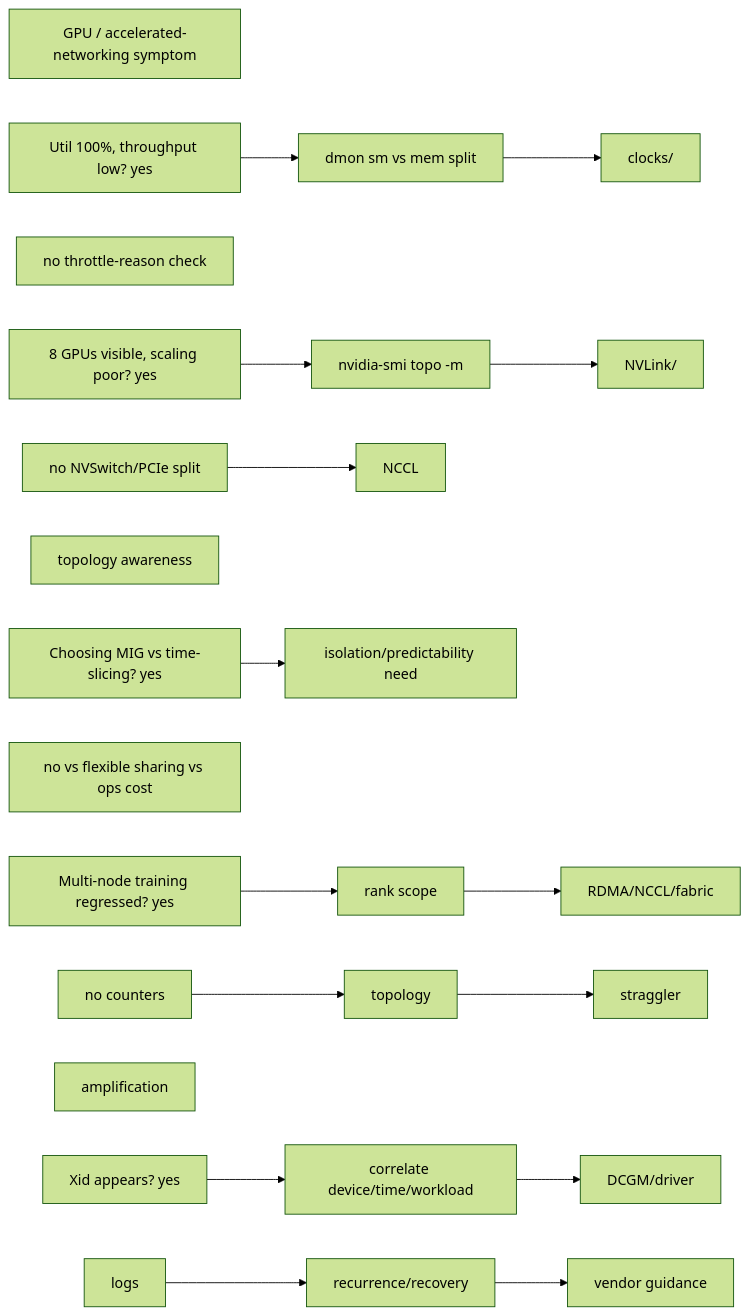
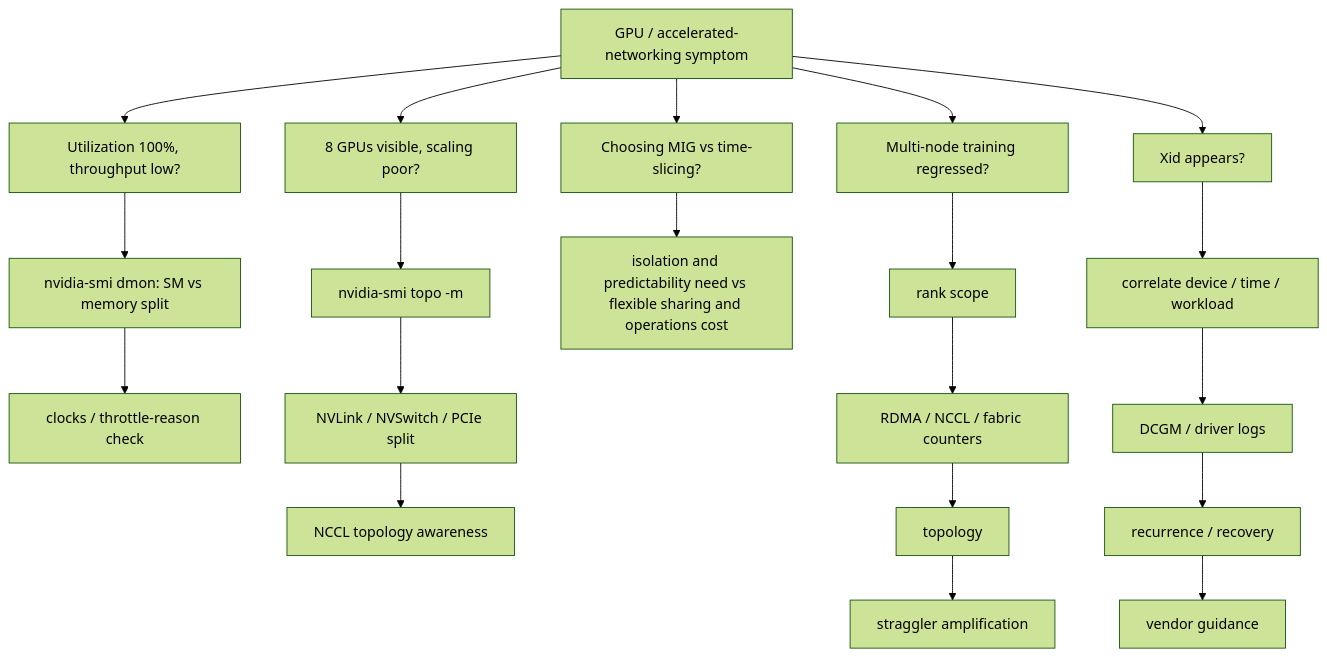
Before and after one commit to jithinpnjm/nvidia-devops: the diagram in docs/volume-09/17-question-set-d-gpu-and-accelerated-networking.md, drawn with Mermaid (forest theme). The commit also changed other lines of this file and 99 other files, not shown here.

````diff
--- a/docs/volume-09/17-question-set-d-gpu-and-accelerated-networking.md
+++ b/docs/volume-09/17-question-set-d-gpu-and-accelerated-networking.md
@@ -19,45 +19,9 @@
 ```mermaid
-flowchart LR
-  %% Converted from the original ASCII diagram; source wording is preserved.
-  n0["GPU / accelerated-networking symptom"]
-  n1["Util 100%, throughput low? yes"]
-  n2["dmon sm vs mem split"]
-  n3["clocks/"]
-  n4["no throttle-reason check"]
-  n5["8 GPUs visible, scaling poor? yes"]
-  n6["nvidia-smi topo -m"]
-  n7["NVLink/"]
-  n8["no NVSwitch/PCIe split"]
-  n9["NCCL"]
-  n10["topology awareness"]
-  n11["Choosing MIG vs time-slicing? yes"]
-  n12["isolation/predictability need"]
-  n13["no vs flexible sharing vs ops cost"]
-  n14["Multi-node training regressed? yes"]
-  n15["rank scope"]
-  n16["RDMA/NCCL/fabric"]
-  n17["no counters"]
-  n18["topology"]
-  n19["straggler"]
-  n20["amplification"]
-  n21["Xid appears? yes"]
-  n22["correlate device/time/workload"]
-  n23["DCGM/driver"]
-  n24["logs"]
-  n25["recurrence/recovery"]
-  n26["vendor guidance"]
-  n1 --> n2
-  n2 --> n3
-  n5 --> n6
-  n6 --> n7
-  n8 --> n9
-  n11 --> n12
-  n14 --> n15
-  n15 --> n16
-  n17 --> n18
-  n18 --> n19
-  n21 --> n22
-  n22 --> n23
-  n24 --> n25
-  n25 --> n26
+flowchart TD
+  Root["GPU / accelerated-networking symptom"]
+  Root --> Util["Utilization 100%, throughput low?"] --> UM["nvidia-smi dmon: SM vs memory split"] --> UC["clocks / throttle-reason check"]
+  Root --> Scale["8 GPUs visible, scaling poor?"] --> Topo["nvidia-smi topo -m"] --> Links["NVLink / NVSwitch / PCIe split"] --> NCCL["NCCL topology awareness"]
+  Root --> Share["Choosing MIG vs time-slicing?"] --> Isolation["isolation and predictability need vs flexible sharing and operations cost"]
+  Root --> Multi["Multi-node training regressed?"] --> Rank["rank scope"] --> Fabric["RDMA / NCCL / fabric counters"] --> T2["topology"] --> Straggler["straggler amplification"]
+  Root --> Xid["Xid appears?"] --> Correlate["correlate device / time / workload"] --> Evidence["DCGM / driver logs"] --> Recurrence["recurrence / recovery"] --> Vendor["vendor guidance"]
 ```
````
